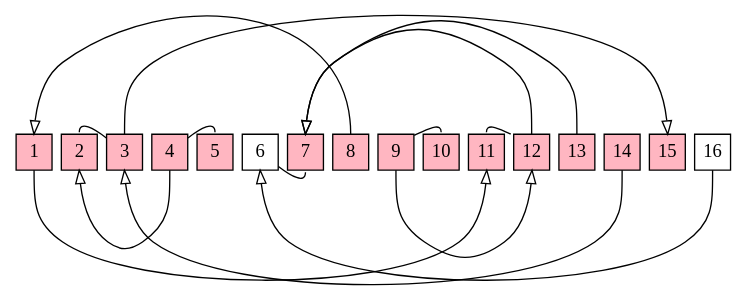
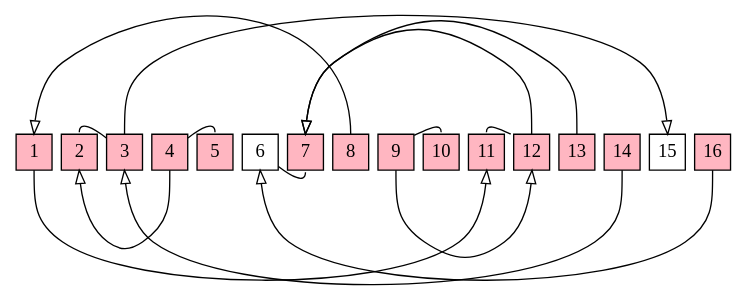
The eighth of 8 diagrams in comp_top_slides.qmd (Trizzole/Computational-Topology), drawn with Graphviz before and after one commit. The commit also changed other lines of this file and 1 other file, not shown here.

````diff
--- a/comp_top_slides.qmd
+++ b/comp_top_slides.qmd
@@ -841,65 +841,65 @@
 ```{dot}
 //| fig-width: 5
 //| fig-height: 5
 //| fig-align: center
 digraph BitConnections {
     rankdir=TB;
     node [fixedsize = true, shape=box, width=0.375, height=0.375, style=filled, fillcolor=lightpink, color=black, fontcolor=black, fixedsize=true];
     nodesep=0.1;
     ranksep=1.5;
 
     // Nodes
     1 [label="1"];
     2 [label="2"];
     3 [label="3"];
     4 [label="4"];
     5 [label="5"];
     6 [label="6", fillcolor=white];
     7 [label="7"];
     8 [label="8"];
     9 [label="9"];
     10 [label="10"];
     11 [label="11"];
     12 [label="12"];
     13 [label="13"];
     14 [label="14"];
-    15 [label="15"];
-    16 [label="16", fillcolor=white];
+    15 [label="15", fillcolor=white];
+    16 [label="16"];
 
     // Arrange nodes in horizontal order
     { rank=same; 1; 2; 3; 4; 5; 6; 7; 8; 9; 10; 11; 12; 13; 14; 15; 16; }
 
     // Connections
     1 -> 2 [color=transparent];
     2 -> 3 [color=transparent];
     3 -> 4 [color=transparent];
     4 -> 5 [color=transparent];
     5 -> 6 [color=transparent];
     6 -> 7 [color=transparent];
     7 -> 8 [color=transparent];
     8 -> 9 [color=transparent];
     9 -> 10 [color=transparent];
     10 -> 11 [color=transparent];
     11 -> 12 [color=transparent];
     12 -> 13 [color=transparent];
     13 -> 14 [color=transparent];
     14 -> 15 [color=transparent];
     15 -> 16 [color=transparent];
 
     // Loops and cross-links
     8:n -> 1 [arrowhead = empty, arrowsize = 1];
     1:s -> 11 [arrowhead = empty, arrowsize = 1];
     11:n -> 12 [arrowhead = empty, arrowsize = 1];
     10:n -> 9 [arrowhead = empty, arrowsize = 1];
     9:s -> 12 [arrowhead = empty, arrowsize = 1];
     12:n -> 7 [arrowhead = empty, arrowsize = 1];
     13:n -> 7 [arrowhead = empty, arrowsize = 1];
     7:s -> 6 [arrowhead = empty, arrowsize = 1];
     16:s -> 6 [arrowhead = empty, arrowsize = 1];
     5:n -> 4 [arrowhead = empty, arrowsize = 1];
     4:s -> 2 [arrowhead = empty, arrowsize = 1];
     2:n -> 3 [arrowhead = empty, arrowsize = 1];
     14:s -> 3 [arrowhead = empty, arrowsize = 1];
     3:n -> 15 [arrowhead = empty, arrowsize = 1];
 }
 ```
````
